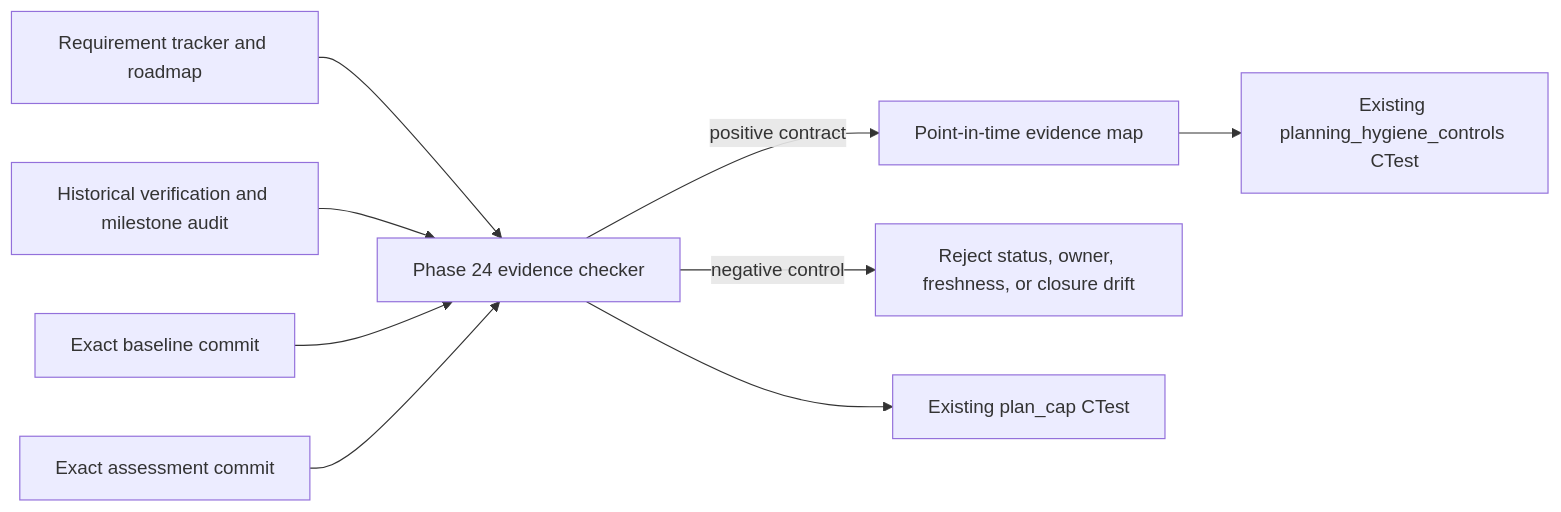
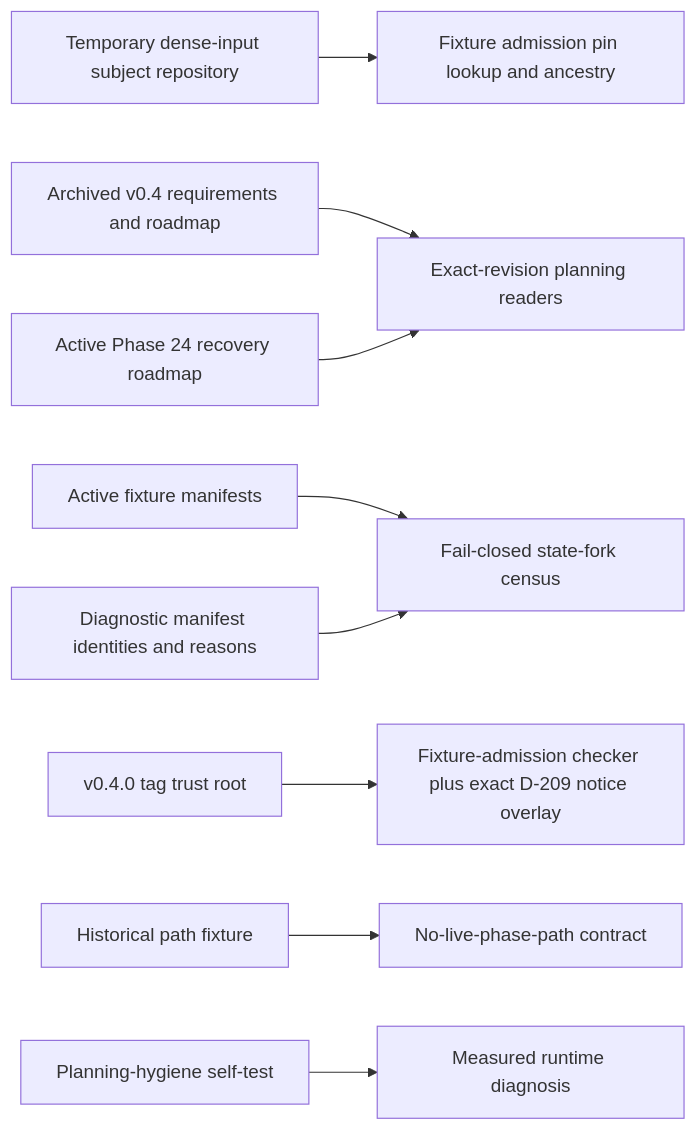
The diagram in .planning/phases/GB-24-resolve-remaining-v0-4-evidence-and-verification-gaps/24-RESEARCH.md (szTheory/gabbaboy), drawn with Mermaid before and after one commit. The commit also changed other lines of this file and 10 other files, not shown here.

````diff
--- a/.planning/phases/GB-24-resolve-remaining-v0-4-evidence-and-verification-gaps/24-RESEARCH.md
+++ b/.planning/phases/GB-24-resolve-remaining-v0-4-evidence-and-verification-gaps/24-RESEARCH.md
@@ -127,11 +241,11 @@
 ```mermaid
 flowchart LR
-  A[Requirement tracker and roadmap] --> C[Phase 24 evidence checker]
-  B[Historical verification and milestone audit] --> C
-  D[Exact baseline commit] --> C
-  E[Exact assessment commit] --> C
-  C -->|positive contract| F[Point-in-time evidence map]
-  C -->|negative control| G[Reject status, owner, freshness, or closure drift]
-  F --> H[Existing planning_hygiene_controls CTest]
-  C --> I[Existing plan_cap CTest]
+  A[Temporary dense-input subject repository] --> B[Fixture admission pin lookup and ancestry]
+  C[Archived v0.4 requirements and roadmap] --> D[Exact-revision planning readers]
+  E[Active Phase 24 recovery roadmap] --> D
+  F[Active fixture manifests] --> G[Fail-closed state-fork census]
+  H[Diagnostic manifest identities and reasons] --> G
+  I[v0.4.0 tag trust root] --> J[Fixture-admission checker plus exact D-209 notice overlay]
+  K[Historical path fixture] --> L[No-live-phase-path contract]
+  M[Planning-hygiene self-test] --> N[Measured runtime diagnosis]
 ```
````
